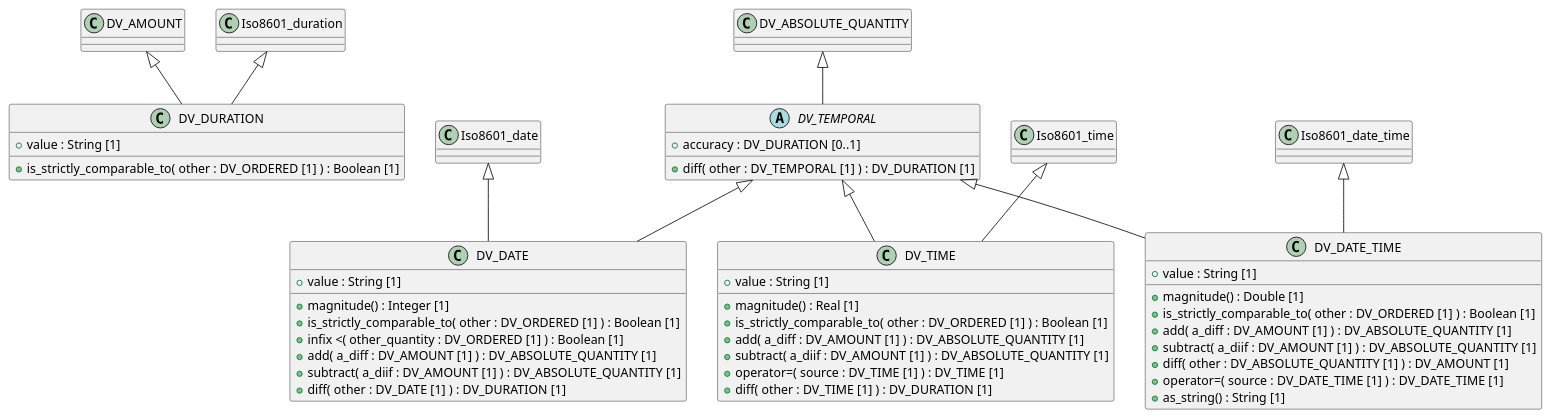
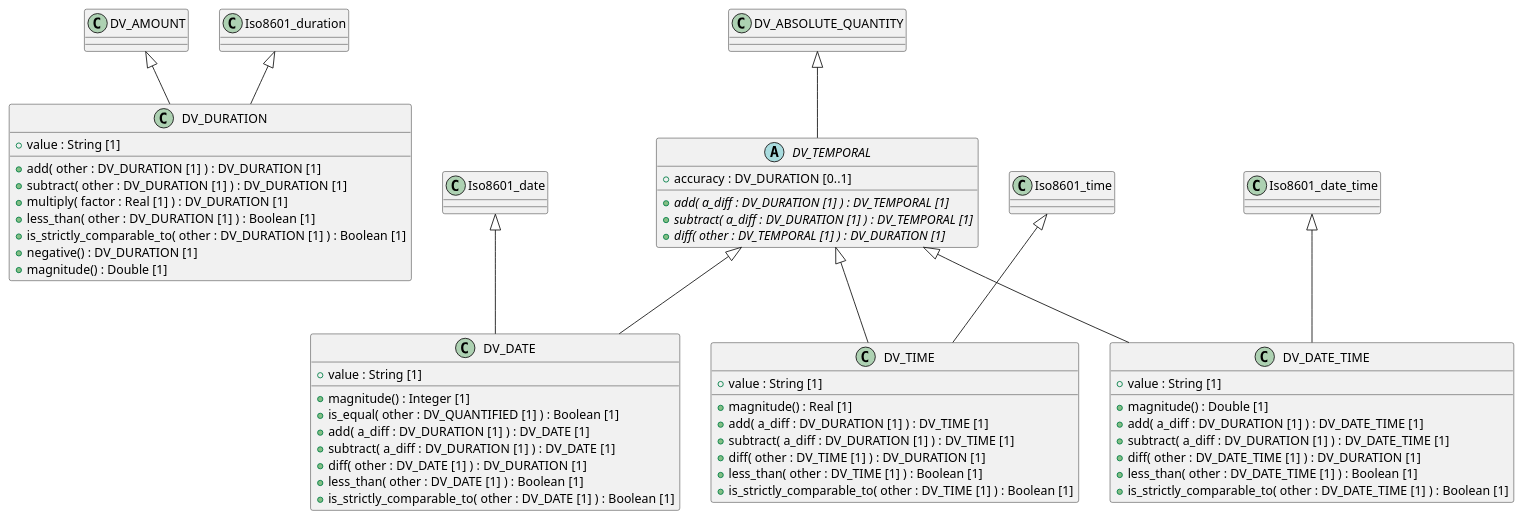
One commit to sebastian-iancu/code-generator changed the diagram in code/Adoc/openehr_rm_1.1.0/plantUML/packages/org.openehr.rm.data_types.quantity.date_time.adoc. Above: the diagram before and after it, drawn with PlantUML. The commit also changed 719 other files, not shown here.

```diff
--- a/code/Adoc/openehr_rm_1.1.0/plantUML/packages/org.openehr.rm.data_types.quantity.date_time.adoc
+++ b/code/Adoc/openehr_rm_1.1.0/plantUML/packages/org.openehr.rm.data_types.quantity.date_time.adoc
@@ -1,57 +1,65 @@
 [plantuml,date_time,format=svg,svg-type="inline"]
 -----
 @startuml
 
 class DV_DURATION {
   + value : String [1]
-  + is_strictly_comparable_to( other : DV_ORDERED [1] ) : Boolean [1]
+  + add( other : DV_DURATION [1] ) : DV_DURATION [1]
+  + subtract( other : DV_DURATION [1] ) : DV_DURATION [1]
+  + multiply( factor : Real [1] ) : DV_DURATION [1]
+  + less_than( other : DV_DURATION [1] ) : Boolean [1]
+  + is_strictly_comparable_to( other : DV_DURATION [1] ) : Boolean [1]
+  + negative() : DV_DURATION [1]
+  + magnitude() : Double [1]
 }
 
 abstract class DV_TEMPORAL {
   + accuracy : DV_DURATION [0..1]
-  + diff( other : DV_TEMPORAL [1] ) : DV_DURATION [1]
+  + {abstract} add( a_diff : DV_DURATION [1] ) : DV_TEMPORAL [1]
+  + {abstract} subtract( a_diff : DV_DURATION [1] ) : DV_TEMPORAL [1]
+  + {abstract} diff( other : DV_TEMPORAL [1] ) : DV_DURATION [1]
 }
 
 class DV_DATE {
   + value : String [1]
   + magnitude() : Integer [1]
-  + is_strictly_comparable_to( other : DV_ORDERED [1] ) : Boolean [1]
-  + infix <( other_quantity : DV_ORDERED [1] ) : Boolean [1]
-  + add( a_diff : DV_AMOUNT [1] ) : DV_ABSOLUTE_QUANTITY [1]
-  + subtract( a_diif : DV_AMOUNT [1] ) : DV_ABSOLUTE_QUANTITY [1]
+  + is_equal( other : DV_QUANTIFIED [1] ) : Boolean [1]
+  + add( a_diff : DV_DURATION [1] ) : DV_DATE [1]
+  + subtract( a_diff : DV_DURATION [1] ) : DV_DATE [1]
   + diff( other : DV_DATE [1] ) : DV_DURATION [1]
+  + less_than( other : DV_DATE [1] ) : Boolean [1]
+  + is_strictly_comparable_to( other : DV_DATE [1] ) : Boolean [1]
 }
 
 class DV_TIME {
   + value : String [1]
   + magnitude() : Real [1]
-  + is_strictly_comparable_to( other : DV_ORDERED [1] ) : Boolean [1]
-  + add( a_diff : DV_AMOUNT [1] ) : DV_ABSOLUTE_QUANTITY [1]
-  + subtract( a_diif : DV_AMOUNT [1] ) : DV_ABSOLUTE_QUANTITY [1]
-  + operator=( source : DV_TIME [1] ) : DV_TIME [1]
+  + add( a_diff : DV_DURATION [1] ) : DV_TIME [1]
+  + subtract( a_diff : DV_DURATION [1] ) : DV_TIME [1]
   + diff( other : DV_TIME [1] ) : DV_DURATION [1]
+  + less_than( other : DV_TIME [1] ) : Boolean [1]
+  + is_strictly_comparable_to( other : DV_TIME [1] ) : Boolean [1]
 }
 
 class DV_DATE_TIME {
   + value : String [1]
   + magnitude() : Double [1]
-  + is_strictly_comparable_to( other : DV_ORDERED [1] ) : Boolean [1]
-  + add( a_diff : DV_AMOUNT [1] ) : DV_ABSOLUTE_QUANTITY [1]
-  + subtract( a_diif : DV_AMOUNT [1] ) : DV_ABSOLUTE_QUANTITY [1]
-  + diff( other : DV_ABSOLUTE_QUANTITY [1] ) : DV_AMOUNT [1]
-  + operator=( source : DV_DATE_TIME [1] ) : DV_DATE_TIME [1]
-  + as_string() : String [1]
+  + add( a_diff : DV_DURATION [1] ) : DV_DATE_TIME [1]
+  + subtract( a_diff : DV_DURATION [1] ) : DV_DATE_TIME [1]
+  + diff( other : DV_DATE_TIME [1] ) : DV_DURATION [1]
+  + less_than( other : DV_DATE_TIME [1] ) : Boolean [1]
+  + is_strictly_comparable_to( other : DV_DATE_TIME [1] ) : Boolean [1]
 }
 
 DV_AMOUNT <|-- DV_DURATION
 Iso8601_duration <|-- DV_DURATION
 DV_ABSOLUTE_QUANTITY <|-- DV_TEMPORAL
 DV_TEMPORAL <|-- DV_DATE
 Iso8601_date <|-- DV_DATE
 DV_TEMPORAL <|-- DV_TIME
 Iso8601_time <|-- DV_TIME
 DV_TEMPORAL <|-- DV_DATE_TIME
 Iso8601_date_time <|-- DV_DATE_TIME
 
 @enduml
 -----
```
